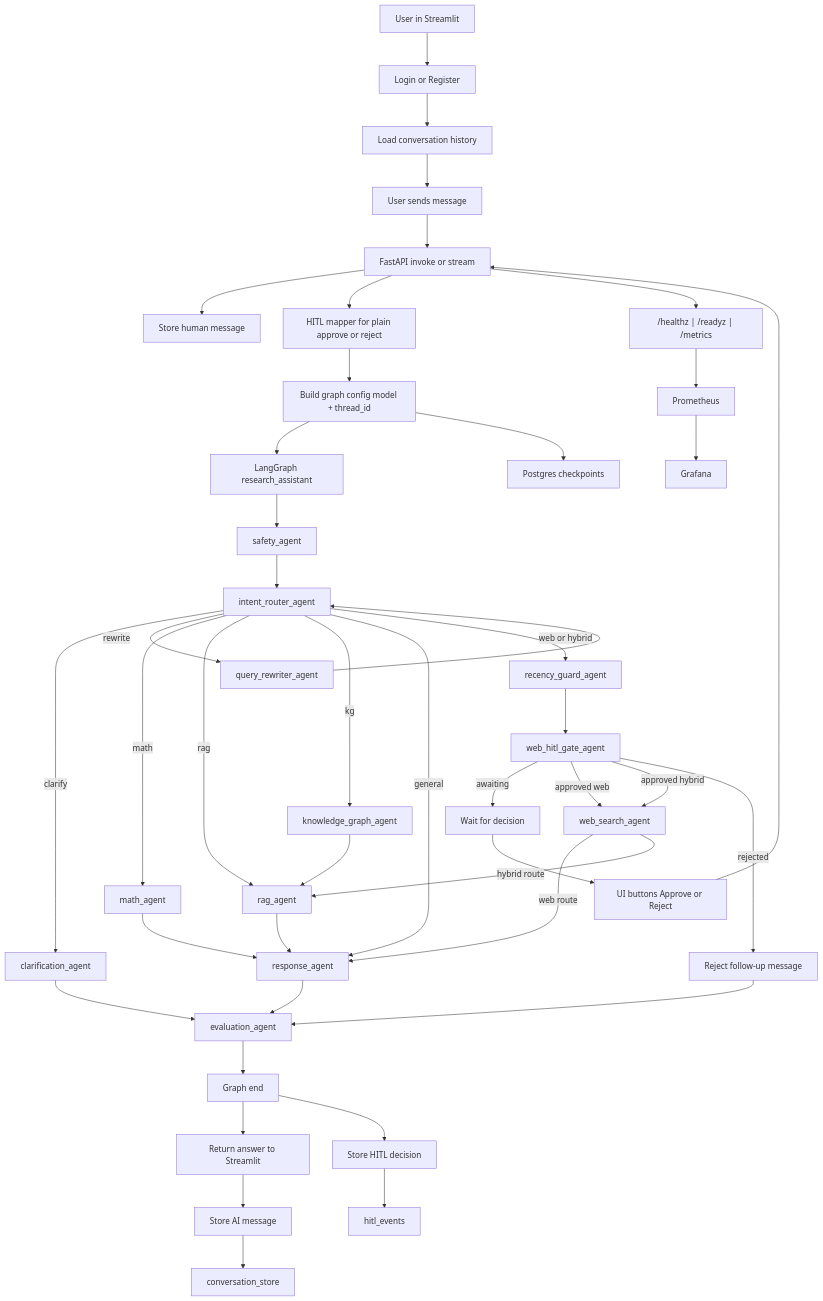
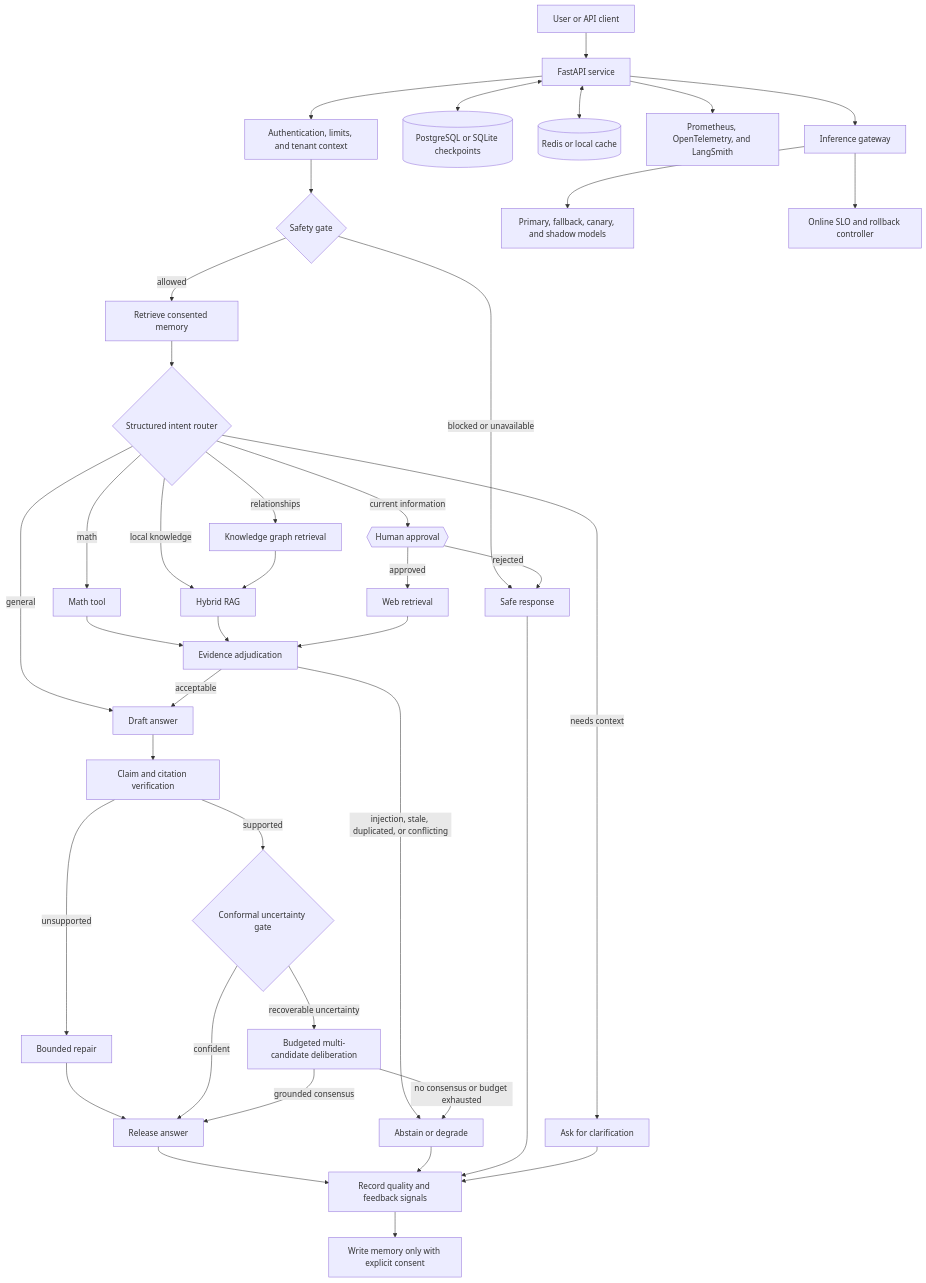
One commit to zqf20096327/dbhub_collect changed the first of 2 diagrams in data/readmes/Theepankumargandhi__Multi-Agent-Orchestration.md. Above: the diagram before and after it, drawn with Mermaid. The commit also changed other lines of this file and 377 other files, not shown here.

````diff
--- a/data/readmes/Theepankumargandhi__Multi-Agent-Orchestration.md
+++ b/data/readmes/Theepankumargandhi__Multi-Agent-Orchestration.md
@@ -64,62 +36,48 @@
 ```mermaid
-%%{init: {"flowchart":{"nodeSpacing":45,"rankSpacing":65},"themeVariables":{"fontSize":"16px"}}}%%
 flowchart TD
-    U[User in Streamlit] --> AUTH[Login or Register]
-    AUTH --> HIST[Load conversation history]
-    HIST --> Q[User sends message]
-    Q --> API[FastAPI invoke or stream]
+    User[User or API client] --> API[FastAPI service]
+    API --> Auth[Authentication, limits, and tenant context]
+    Auth --> Safety{Safety gate}
 
-    API --> STOREH[Store human message]
-    API --> HMAP[HITL mapper for plain approve or reject]
-    HMAP --> CFG[Build graph config model + thread_id]
-    CFG --> LG[LangGraph research_assistant]
-    CFG --> CHK[Postgres checkpoints]
+    Safety -->|blocked or unavailable| Stop[Safe response]
+    Safety -->|allowed| Memory[Retrieve consented memory]
+    Memory --> Router{Structured intent router}
 
-    LG --> SA[safety_agent]
-    SA --> IR[intent_router_agent]
+    Router -->|needs context| Clarify[Ask for clarification]
+    Router -->|math| Math[Math tool]
+    Router -->|local knowledge| RAG[Hybrid RAG]
+    Router -->|relationships| Graph[Knowledge graph retrieval]
+    Router -->|current information| Approval{{Human approval}}
+    Router -->|general| Draft[Draft answer]
 
-    IR -->|clarify| CA[clarification_agent]
-    CA --> EVA[evaluation_agent]
+    Approval -->|approved| Web[Web retrieval]
+    Approval -->|rejected| Stop
+    Graph --> RAG
+    Math --> Evidence
+    RAG --> Evidence[Evidence adjudication]
+    Web --> Evidence
+    Evidence -->|injection, stale, duplicated, or conflicting| Abstain[Abstain or degrade]
+    Evidence -->|acceptable| Draft
 
-    IR -->|rewrite| QR[query_rewriter_agent]
-    QR --> IR
+    Draft --> Ground[Claim and citation verification]
+    Ground -->|unsupported| Repair[Bounded repair]
+    Ground -->|supported| Uncertainty{Conformal uncertainty gate}
+    Repair --> Final
+    Uncertainty -->|confident| Final[Release answer]
+    Uncertainty -->|recoverable uncertainty| Compute[Budgeted multi-candidate deliberation]
+    Compute -->|grounded consensus| Final
+    Compute -->|no consensus or budget exhausted| Abstain
 
-    IR -->|math| MA[math_agent]
-    MA --> RESP[response_agent]
+    Final --> Evaluate[Record quality and feedback signals]
+    Abstain --> Evaluate
+    Stop --> Evaluate
+    Clarify --> Evaluate
+    Evaluate --> WriteMemory[Write memory only with explicit consent]
 
-    IR -->|rag| RA[rag_agent]
-    RA --> RESP
-
-    IR -->|kg| KG[knowledge_graph_agent]
-    KG --> RA
-
-    IR -->|general| RESP
-
-    IR -->|web or hybrid| RG[recency_guard_agent]
-    RG --> WH[web_hitl_gate_agent]
-
-    WH -->|awaiting| WAIT[Wait for decision]
-    WAIT --> BTN[UI buttons Approve or Reject]
-    BTN --> API
-
-    WH -->|approved web| WS[web_search_agent]
-    WS -->|web route| RESP
-
-    WH -->|approved hybrid| WS
-    WS -->|hybrid route| RA
-
-    WH -->|rejected| REJ[Reject follow-up message]
-    REJ --> EVA
-
-    RESP --> EVA
-    EVA --> END[Graph end]
-    END --> APIRESP[Return answer to Streamlit]
-    APIRESP --> STOREA[Store AI message]
-    STOREA --> CST[conversation_store]
-    END --> HITLDB[Store HITL decision]
-    HITLDB --> HITL[hitl_events]
-
-    API --> METRICS["/healthz | /readyz | /metrics"]
-    METRICS --> PROM[Prometheus]
-    PROM --> GRAF[Grafana]
+    API <--> State[(PostgreSQL or SQLite checkpoints)]
+    API <--> Cache[(Redis or local cache)]
+    API --> Telemetry[Prometheus, OpenTelemetry, and LangSmith]
+    API --> Gateway[Inference gateway]
+    Gateway --> Models[Primary, fallback, canary, and shadow models]
+    Gateway --> Online[Online SLO and rollback controller]
 ```
````
